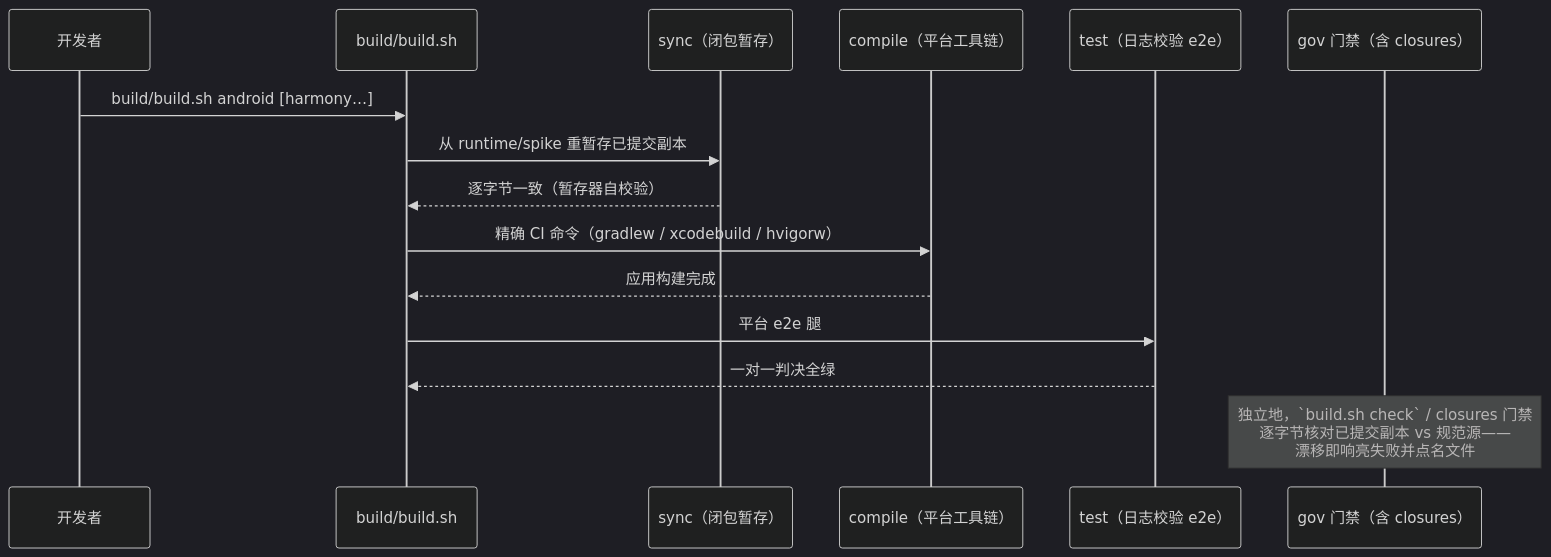
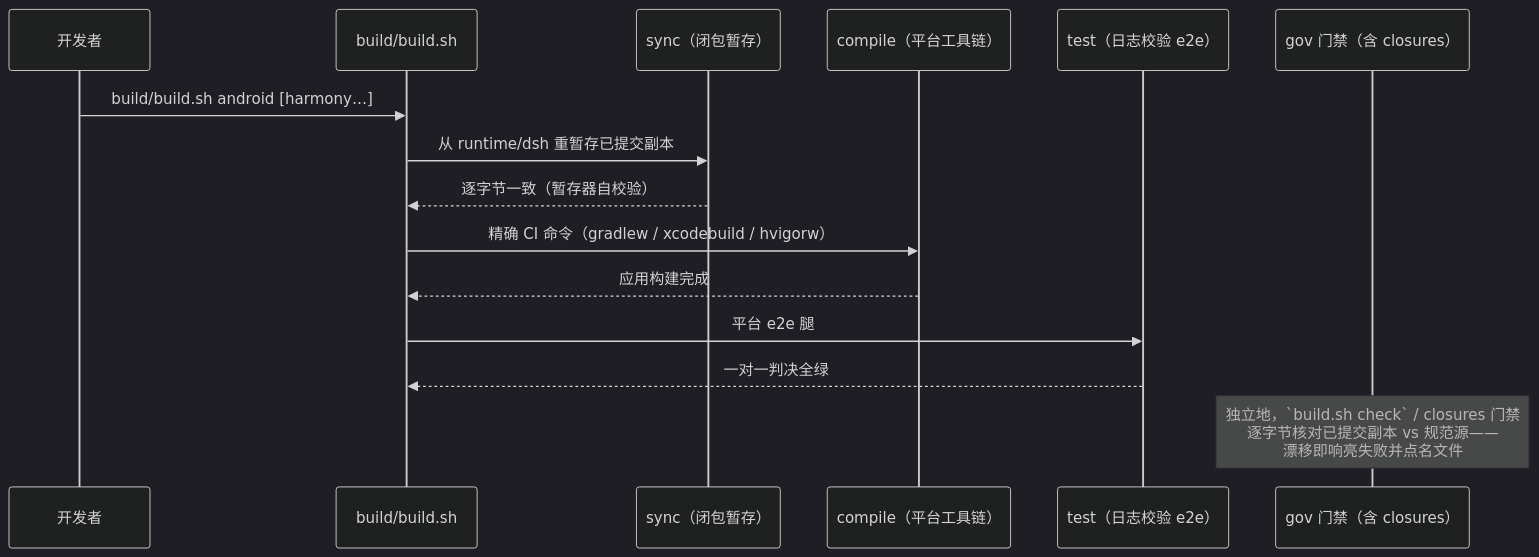
Before and after one commit to Lixiang9716/dsh-mobile: the tenth of 10 diagrams in docs/sequence-diagrams.zh.md, drawn with Mermaid (dark theme). The commit also changed other lines of this file and 4947 other files, not shown here.

````diff
--- a/docs/sequence-diagrams.zh.md
+++ b/docs/sequence-diagrams.zh.md
@@ -250,18 +250,18 @@
 ```mermaid
 sequenceDiagram
     participant D as 开发者
     participant B as build/build.sh
     participant SY as sync（闭包暂存）
     participant CO as compile（平台工具链）
     participant TE as test（日志校验 e2e）
     participant GA as gov 门禁（含 closures）
 
     D->>B: build/build.sh android [harmony…]
-    B->>SY: 从 runtime/spike 重暂存已提交副本
+    B->>SY: 从 runtime/dsh 重暂存已提交副本
     SY-->>B: 逐字节一致（暂存器自校验）
     B->>CO: 精确 CI 命令（gradlew / xcodebuild / hvigorw）
     CO-->>B: 应用构建完成
     B->>TE: 平台 e2e 腿
     TE-->>B: 一对一判决全绿
     Note over GA: 独立地，`build.sh check` / closures 门禁<br/>逐字节核对已提交副本 vs 规范源——<br/>漂移即响亮失败并点名文件
 ```
````
